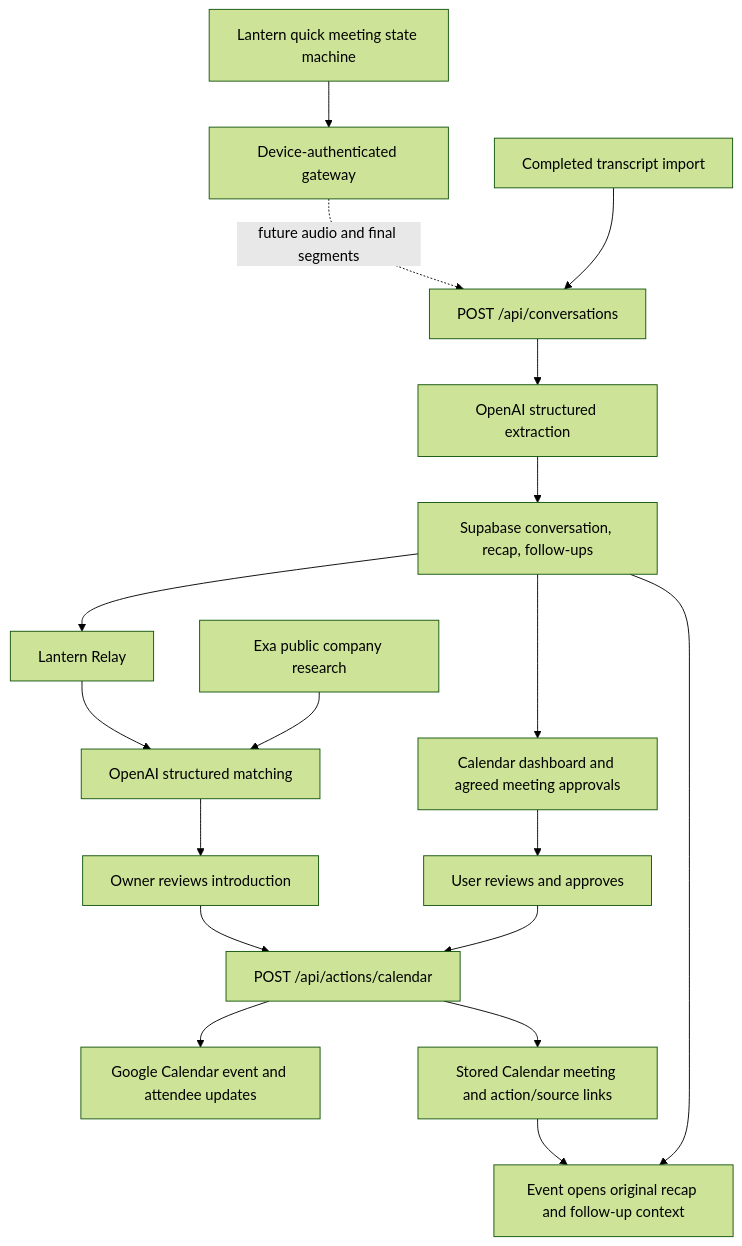
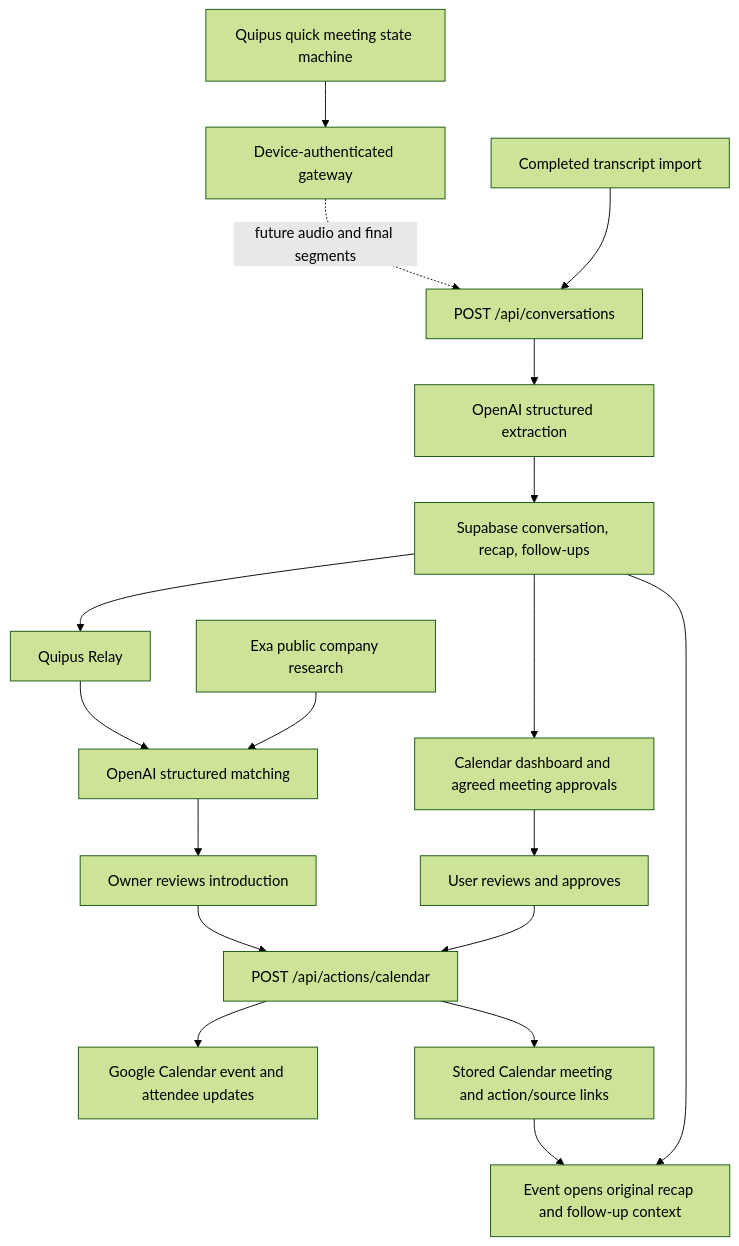
Before and after one commit to NathanHor22/Roxanne: the diagram in ARCHITECTURE.md, drawn with Mermaid (forest theme). The commit also changed other lines of this file and 422 other files, not shown here.

````diff
--- a/ARCHITECTURE.md
+++ b/ARCHITECTURE.md
@@ -18,20 +18,20 @@
 ```mermaid
 flowchart TD
-    A[Lantern quick meeting state machine] --> B[Device-authenticated gateway]
+    A[Quipus quick meeting state machine] --> B[Device-authenticated gateway]
     B -. future audio and final segments .-> C[POST /api/conversations]
     D[Completed transcript import] --> C
     C --> E[OpenAI structured extraction]
     E --> F[Supabase conversation, recap, follow-ups]
-    F --> M[Lantern Relay]
+    F --> M[Quipus Relay]
     M --> N[OpenAI structured matching]
     O[Exa public company research] --> N
     N --> P[Owner reviews introduction]
     P --> I
     F --> G[Calendar dashboard and agreed meeting approvals]
     G --> H[User reviews and approves]
     H --> I[POST /api/actions/calendar]
     I --> J[Google Calendar event and attendee updates]
     I --> K[Stored Calendar meeting and action/source links]
     K --> L[Event opens original recap and follow-up context]
     F --> L
 ```
````
